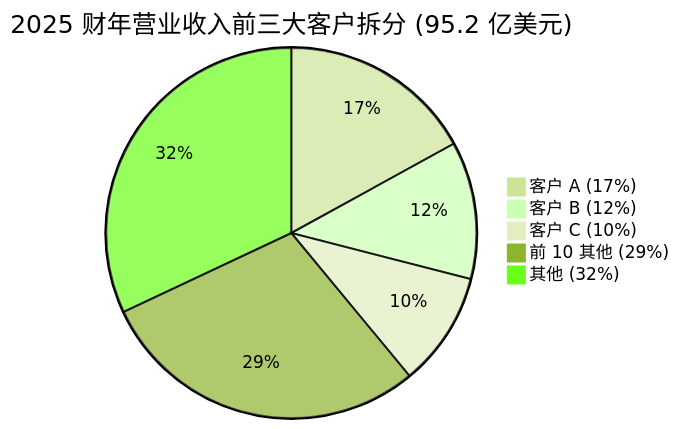
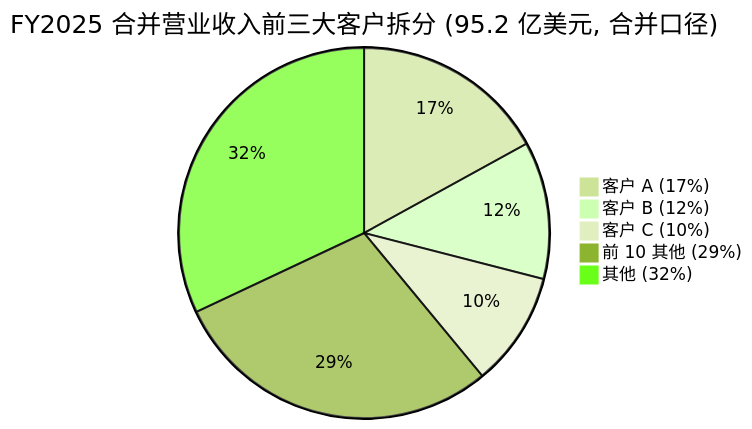
One commit to dadachundan/financial_agent changed the third of 4 diagrams in reports/company/WesternDigital_NASDAQ_WDC/WesternDigital_NASDAQ_WDC_公司研究.md. Above: the diagram before and after it, drawn with Mermaid (forest theme). The commit also changed other lines of this file, not shown here.

First line of the commit message:
feat(company-research): refresh Western Digital (WDC) — decision layer + full chart suite

````diff
--- a/reports/company/WesternDigital_NASDAQ_WDC/WesternDigital_NASDAQ_WDC_公司研究.md
+++ b/reports/company/WesternDigital_NASDAQ_WDC/WesternDigital_NASDAQ_WDC_公司研究.md
@@ -229,8 +623,8 @@
 ```mermaid
-pie title 2025 财年营业收入前三大客户拆分 (95.2 亿美元)
+pie title FY2025 合并营业收入前三大客户拆分 (95.2 亿美元, 合并口径)
     "客户 A (17%)" : 17
     "客户 B (12%)" : 12
     "客户 C (10%)" : 10
     "前 10 其他 (29%)" : 29
     "其他 (32%)" : 32
 ```
````
